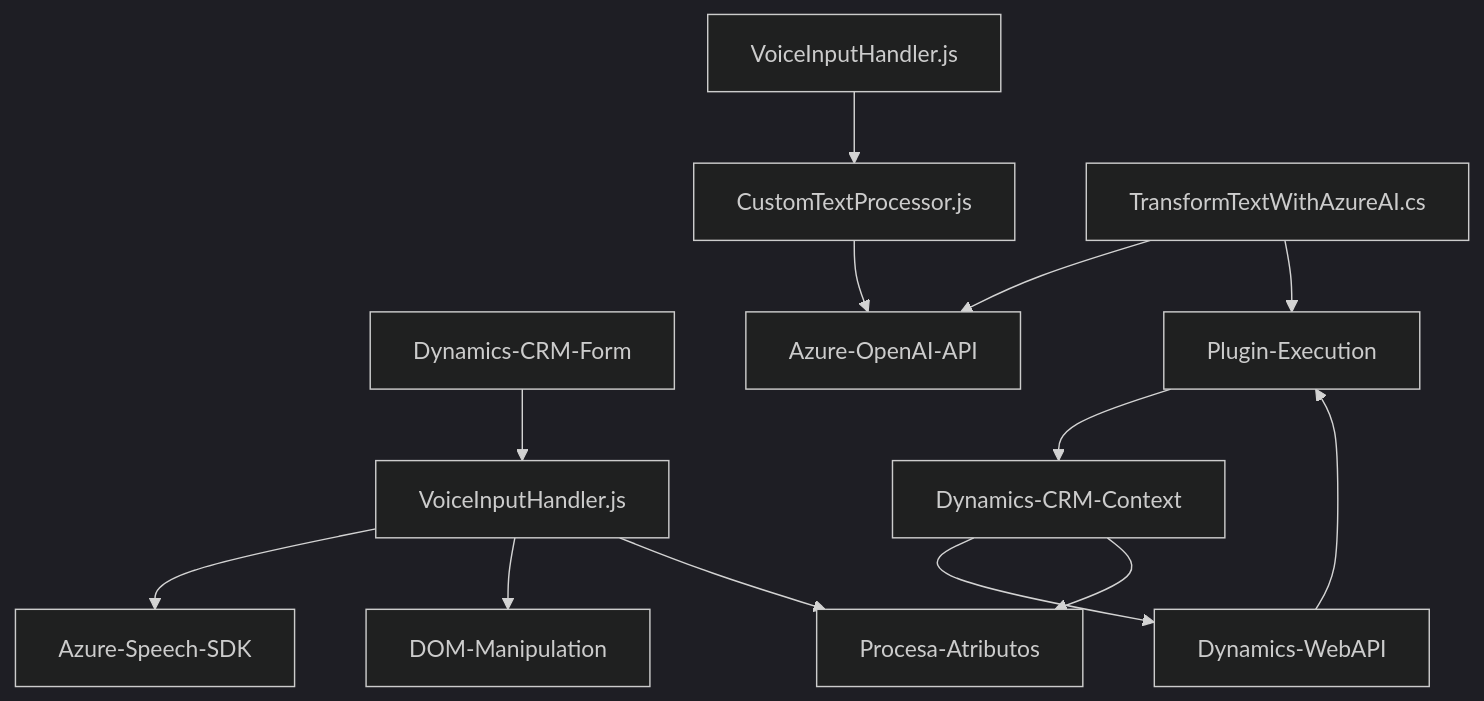
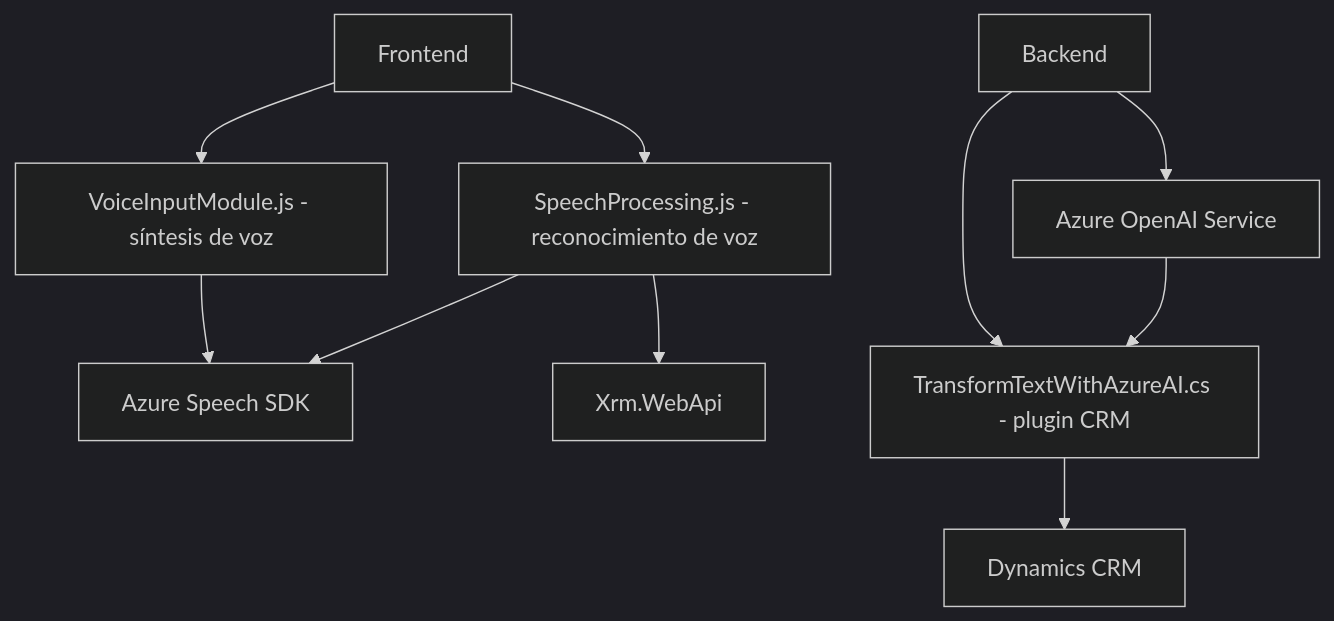
One commit to blopezdm/NETCORE_BILBAO2025 changed the diagram in README.md. Above: the diagram before and after it, drawn with Mermaid (dark theme). The commit also changed other lines of this file, not shown here.

````diff
--- a/README.md
+++ b/README.md
@@ -57,14 +44,22 @@
 ```mermaid
 graph TD
-    A["Dynamics-CRM-Form"] --> B["VoiceInputHandler.js"]
-    B --> C["Azure-Speech-SDK"]
-    B --> D["DOM-Manipulation"]
-    E["VoiceInputHandler.js"] --> F["CustomTextProcessor.js"]
-    F --> G["Azure-OpenAI-API"]
-    H["TransformTextWithAzureAI.cs"] --> G
-    H --> I["Plugin-Execution"] --> J["Dynamics-CRM-Context"]
-    J --> K["Dynamics-WebAPI"]
-    K --> I
-    J --> L["Procesa-Atributos"]
-    B --> L
+  A["Frontend"]
+  B["VoiceInputModule.js - síntesis de voz"]
+  C["SpeechProcessing.js - reconocimiento de voz"]
+  D["Xrm.WebApi"]
+  E["Azure Speech SDK"]
+  F["Backend"]
+  G["TransformTextWithAzureAI.cs - plugin CRM"]
+  H["Dynamics CRM"]
+  I["Azure OpenAI Service"]
+
+  A --> B
+  A --> C
+  B --> E
+  C --> E
+  C --> D
+  F --> G
+  G --> H
+  F --> I
+  I --> G
 ```
````
